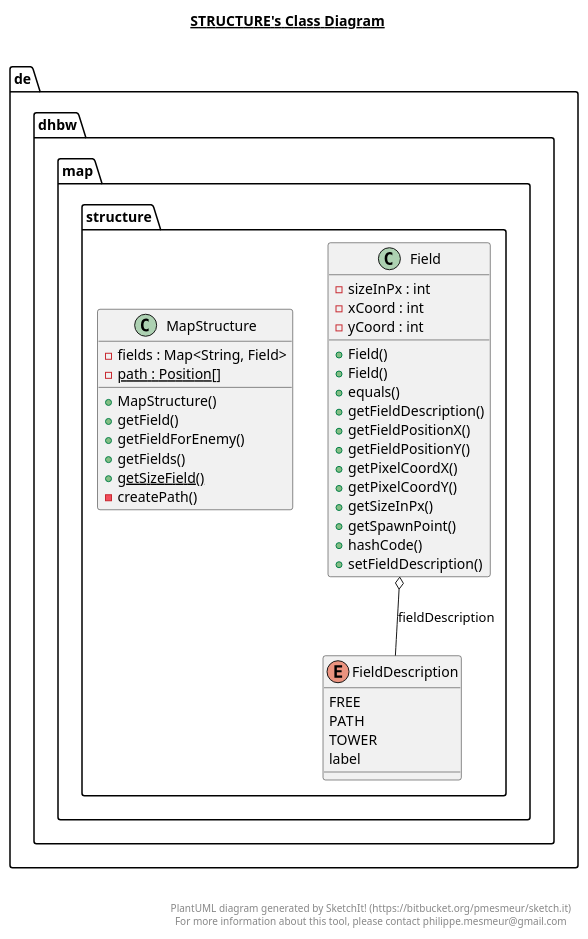
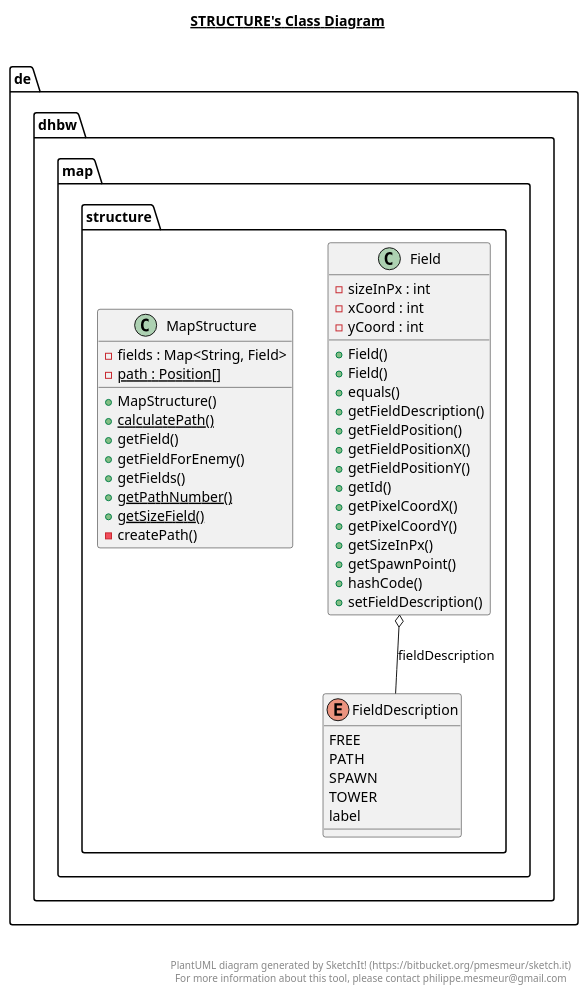
The diagram in app/src/main/java/de/dhbw/map/structure/structure.plantuml (niwa99/Tower-Defense), drawn with PlantUML before and after one commit. The commit also changed 14 other files, not shown here.

Commit message:
[DHTD-105] update of class diagram files

```diff
--- a/app/src/main/java/de/dhbw/map/structure/structure.plantuml
+++ b/app/src/main/java/de/dhbw/map/structure/structure.plantuml
@@ -1,66 +1,71 @@
 @startuml
 
 title __STRUCTURE's Class Diagram__\n
 
   namespace de.dhbw {
     namespace map.structure {
       class de.dhbw.map.structure.Field {
           - sizeInPx : int
           - xCoord : int
           - yCoord : int
           + Field()
           + Field()
           + equals()
           + getFieldDescription()
+          + getFieldPosition()
           + getFieldPositionX()
           + getFieldPositionY()
+          + getId()
           + getPixelCoordX()
           + getPixelCoordY()
           + getSizeInPx()
           + getSpawnPoint()
           + hashCode()
           + setFieldDescription()
       }
     }
   }
   
 
   namespace de.dhbw {
     namespace map.structure {
       enum FieldDescription {
         FREE
         PATH
+        SPAWN
         TOWER
         label
       }
     }
   }
   
 
   namespace de.dhbw {
     namespace map.structure {
       class de.dhbw.map.structure.MapStructure {
           - fields : Map<String, Field>
           {static} - path : Position[]
           + MapStructure()
+          {static} + calculatePath()
           + getField()
           + getFieldForEnemy()
           + getFields()
+          {static} + getPathNumber()
           {static} + getSizeField()
           - createPath()
       }
     }
   }
   
 
   de.dhbw.map.structure.Field o-- de.dhbw.map.structure.FieldDescription : fieldDescription
 
 
 right footer
 
 
 PlantUML diagram generated by SketchIt! (https://bitbucket.org/pmesmeur/sketch.it)
 For more information about this tool, please contact philippe.mesmeur@gmail.com
 endfooter
 
 @enduml
```
